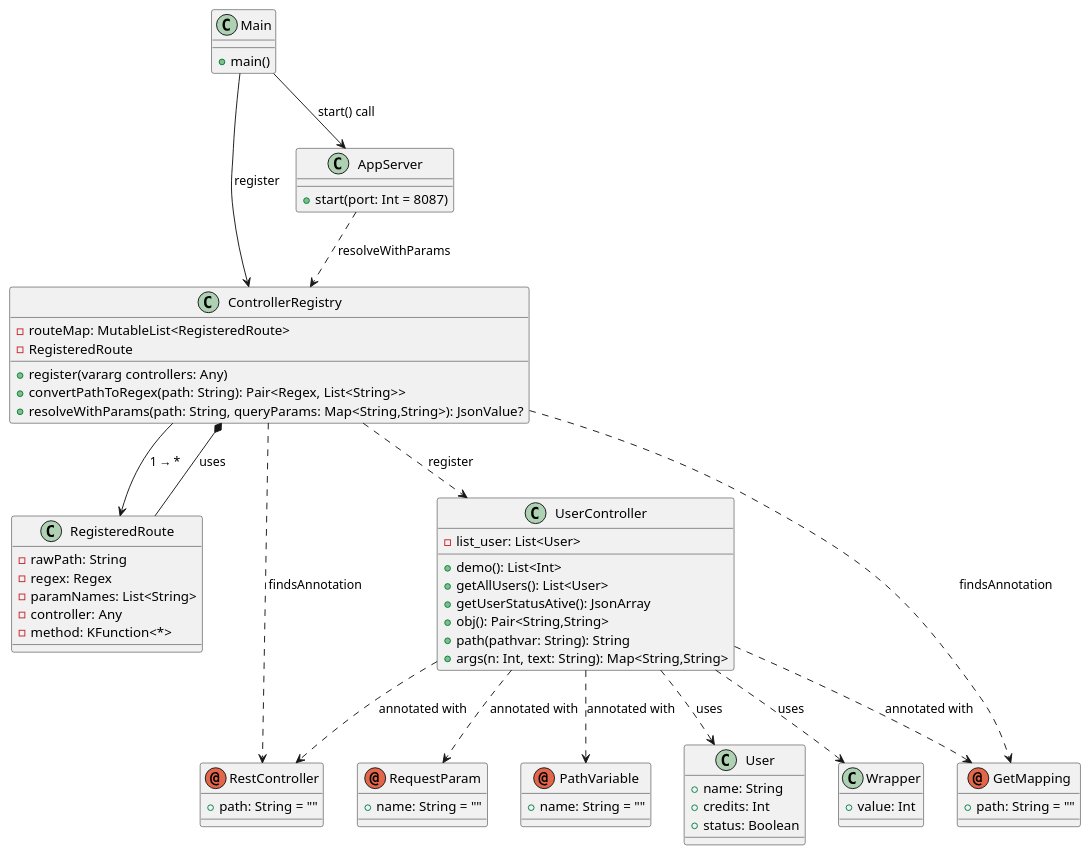
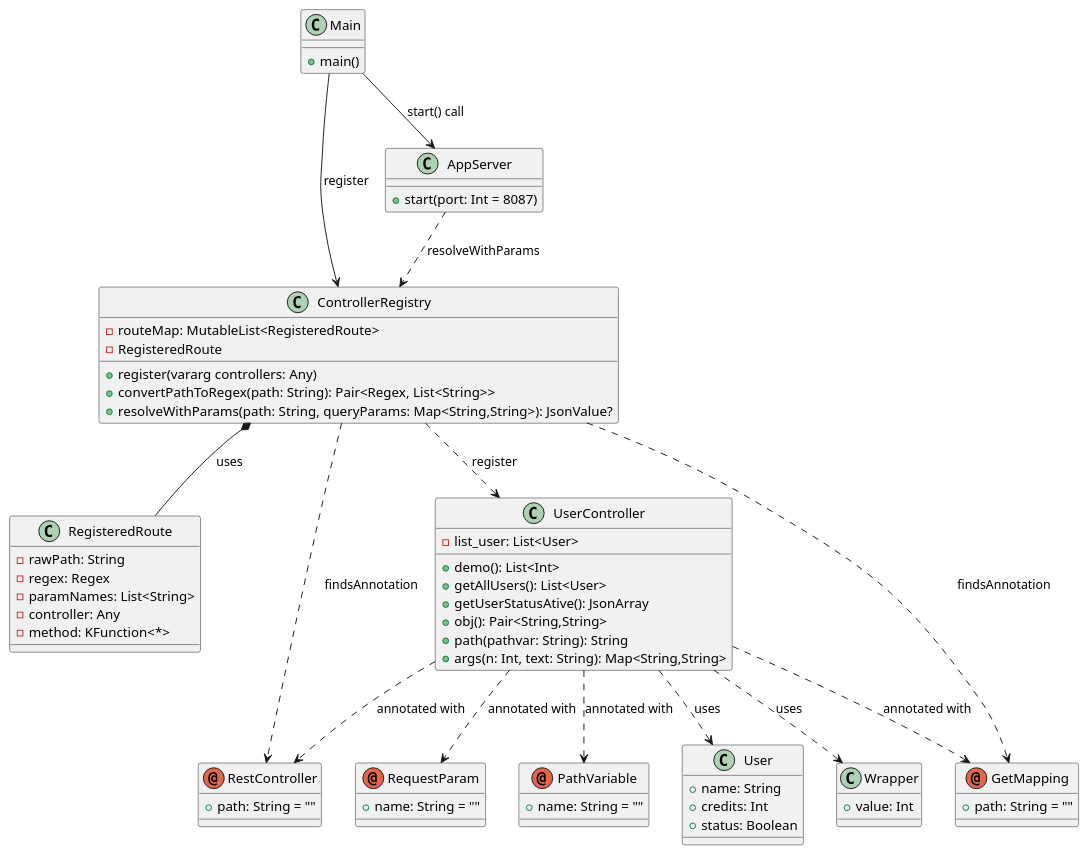
One commit to JNSD123/fromJson changed the diagram in diagram_http_get.puml. Above: the diagram before and after it, drawn with PlantUML. The commit also changed 1 other file, not shown here.

Commit message:
Merge remote-tracking branch 'origin/master' atualização UML ControllerRegistry relação

```diff
--- a/diagram_http_get.puml
+++ b/diagram_http_get.puml
@@ -1,90 +1,89 @@
 @startuml
 
 ' Pacote Framework.Core
 
 class ControllerRegistry {
     - routeMap: MutableList<RegisteredRoute>
     - RegisteredRoute
     + register(vararg controllers: Any)
     + convertPathToRegex(path: String): Pair<Regex, List<String>>
     + resolveWithParams(path: String, queryParams: Map<String,String>): JsonValue?
 }
 
 class RegisteredRoute {
     - rawPath: String
     - regex: Regex
     - paramNames: List<String>
     - controller: Any
     - method: KFunction<*>
 }
 
 ControllerRegistry *-- RegisteredRoute : uses
 
 ' Pacote Server
 class AppServer {
     + start(port: Int = 8087)
 }
 
 ' Pacote Controllers
 
 class UserController {
     - list_user: List<User>
     + demo(): List<Int>
     + getAllUsers(): List<User>
     + getUserStatusAtive(): JsonArray
     + obj(): Pair<String,String>
     + path(pathvar: String): String
     + args(n: Int, text: String): Map<String,String>
 }
 
 class User {
     + name: String
     + credits: Int
     + status: Boolean
 }
 
 class Wrapper {
     + value: Int
 }
 
 class Main{
  + main()
 }
 
 
 ' Annotations
 
 annotation RestController {
     + path: String = ""
 }
 annotation GetMapping {
     + path: String = ""
 }
 annotation RequestParam {
     + name: String = ""
 }
 annotation PathVariable {
     + name: String = ""
 }
 
 
 ' Relações entre ControllerRegistry e UserController
 ControllerRegistry ..> UserController : register
 UserController ..>  User : uses
 UserController ..>  Wrapper : uses
 
 ' Relações entre ControllerRegistry e annotations
 ControllerRegistry ..> RestController : findsAnnotation
 ControllerRegistry ..> GetMapping : findsAnnotation
-ControllerRegistry --> RegisteredRoute : 1 → *
 UserController ..> RestController : annotated with
 UserController ..> GetMapping : annotated with
 UserController ..> RequestParam : annotated with
 UserController ..> PathVariable : annotated with
 
 Main --> ControllerRegistry : register
 Main --> AppServer : start() call
 
 AppServer ..> ControllerRegistry : resolveWithParams
 
 @enduml
```
